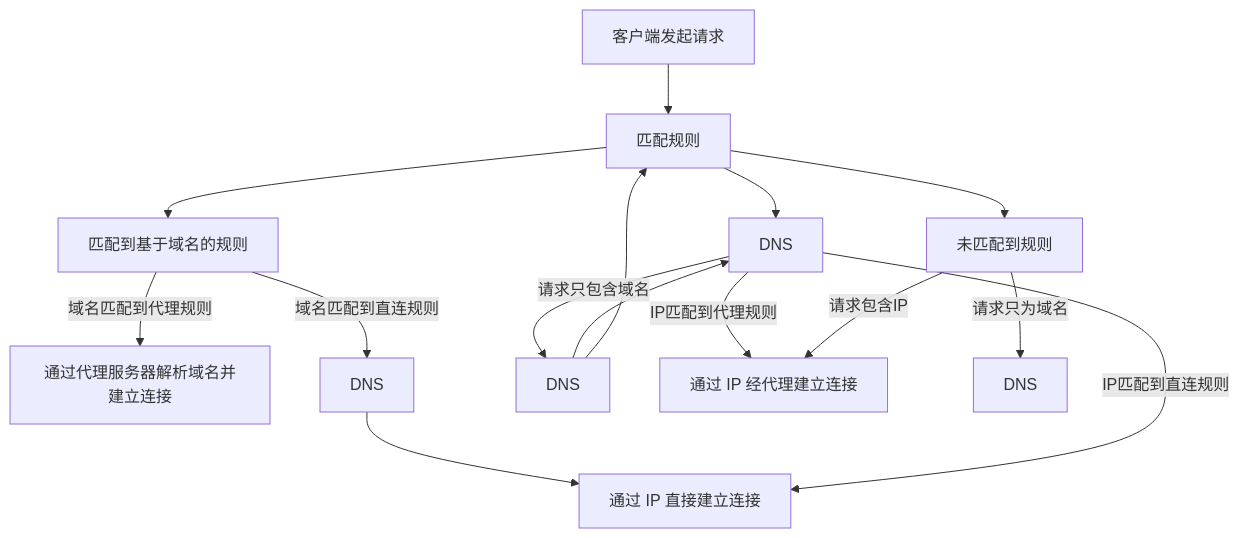
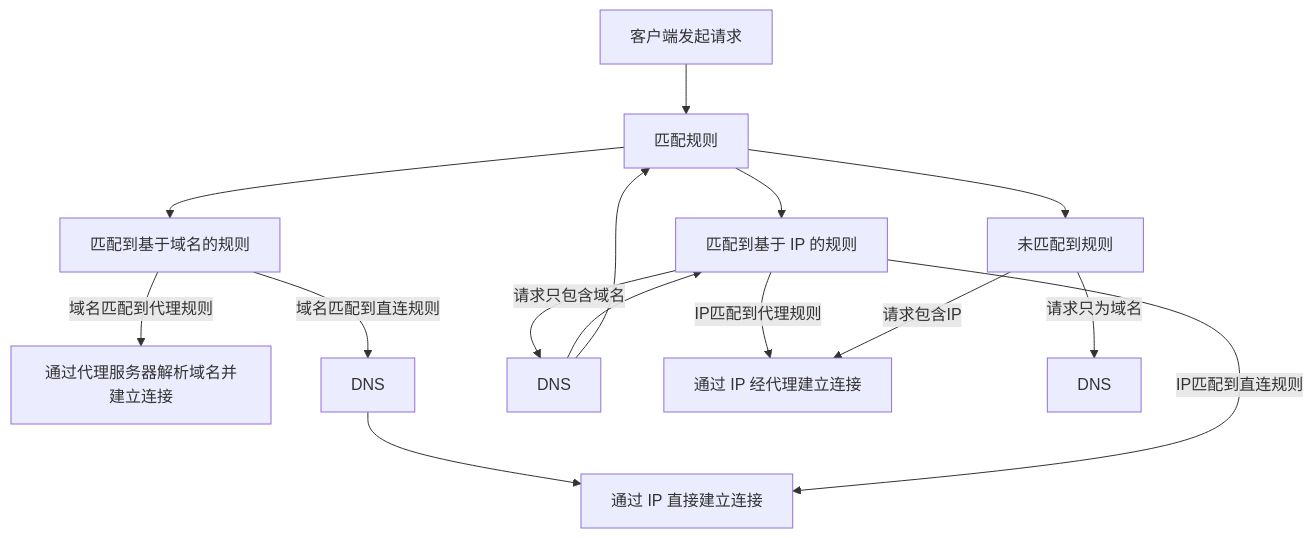
The first of 2 diagrams in mihomoDNS解析流程.md (Jishi0/sub-rule), drawn with Mermaid before and after one commit.

````diff
--- a/mihomoDNS解析流程.md
+++ b/mihomoDNS解析流程.md
@@ -2,21 +2,21 @@
 ```mermaid
 flowchart TD
   Start[客户端发起请求] --> rule[匹配规则]
   rule --> Domain[匹配到基于域名的规则]
   rule --> IP[匹配到基于 IP 的规则]
   rule --> null[未匹配到规则]
 
   Domain --> |域名匹配到代理规则|Remote[通过代理服务器解析域名并建立连接]
   Domain --> |域名匹配到直连规则|DNS1[DNS]
   DNS1 --> Direct[通过 IP 直接建立连接]
 
   IP --> |请求只包含域名|DNS2[DNS]
-  DNS2 --> IP[DNS]
+  DNS2 --> IP
   IP --> |IP匹配到直连规则|Direct
   IP --> |IP匹配到代理规则|Proxy[通过 IP 经代理建立连接]
 
   null --> |请求包含IP|Proxy
   null --> |请求只为域名|DNS3[DNS]
   DNS2 --> rule
 
 ```
````
